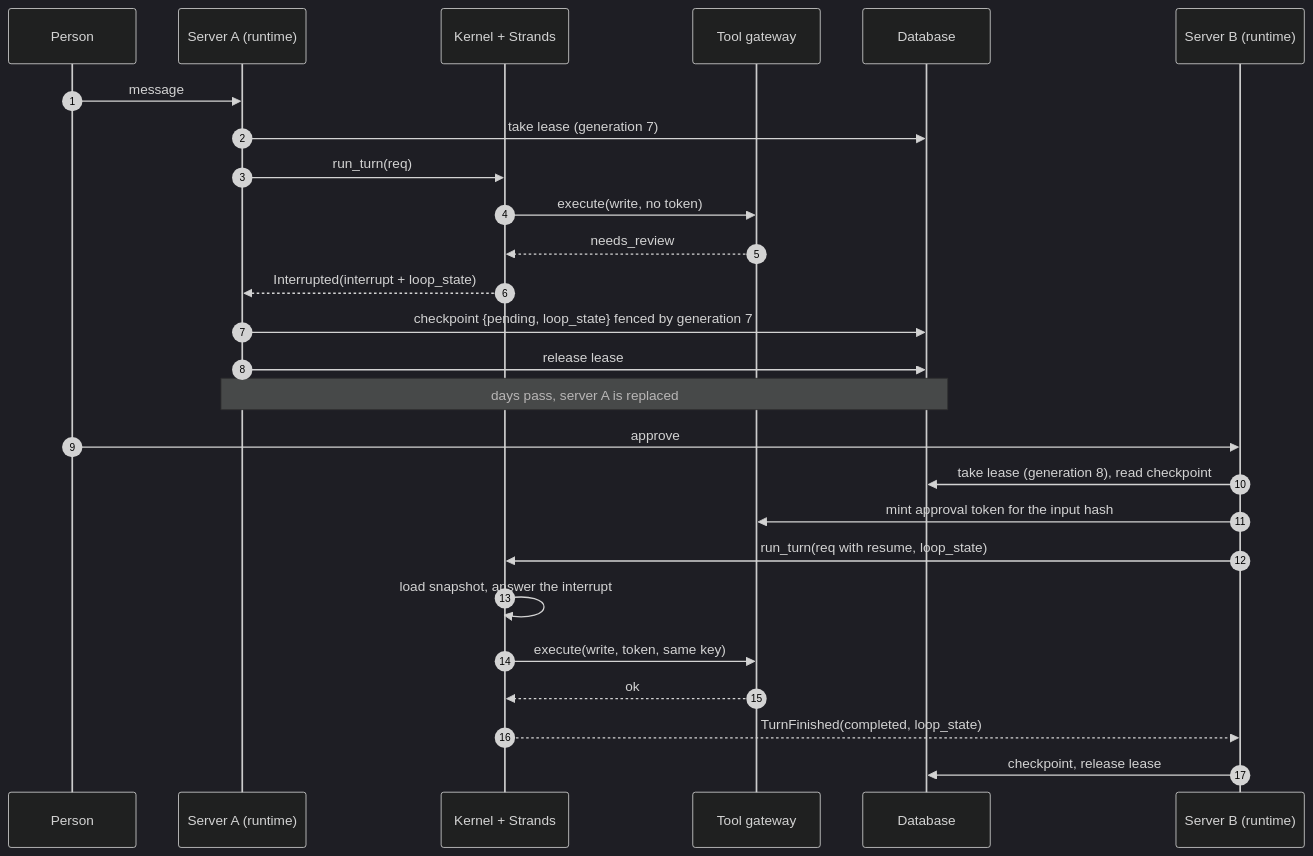
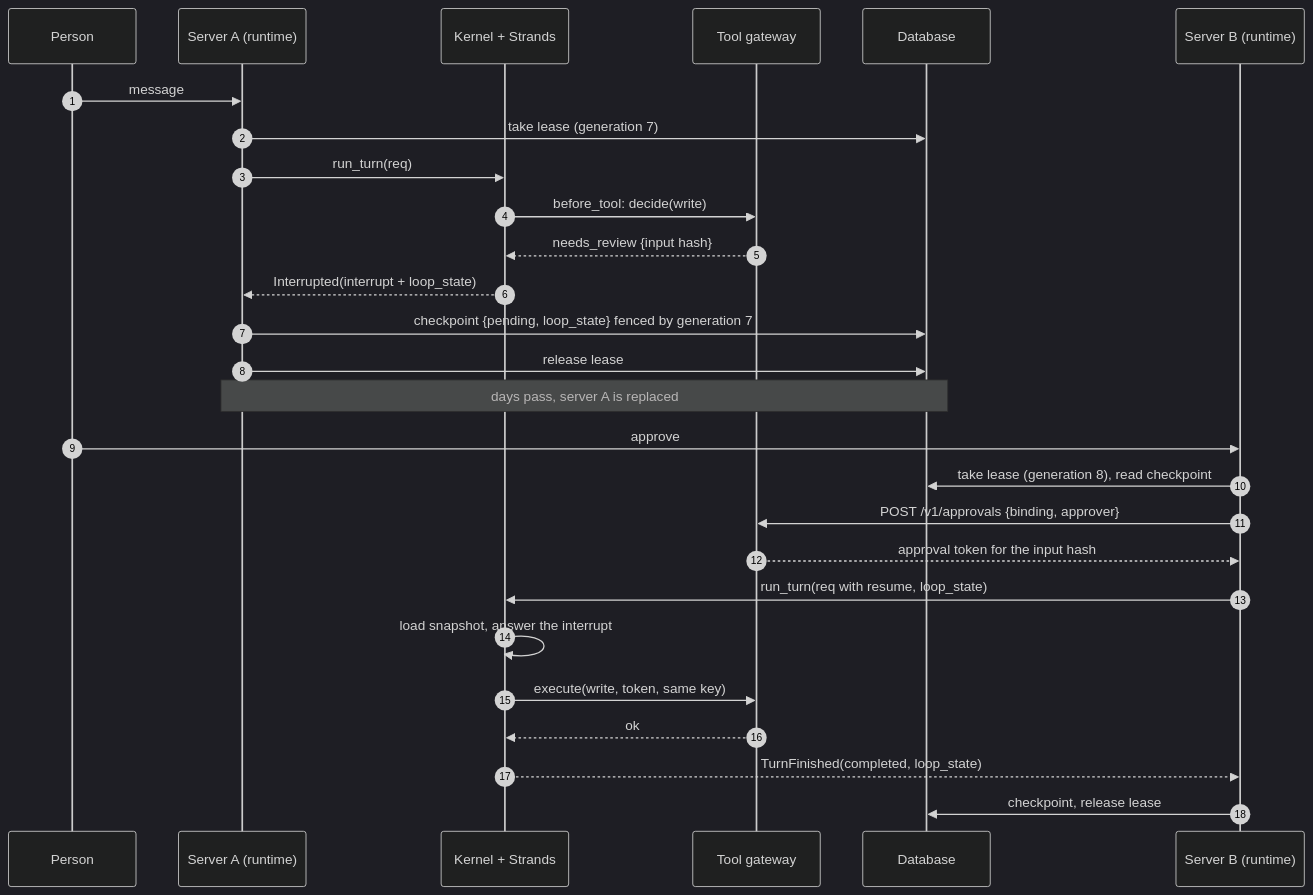
The first of 2 diagrams in docs/design/agents-v2/runtime-contract-and-strands-loop.md (chanl-ai/ops-ai), drawn with Mermaid (dark theme) before and after one commit. The commit also changed other lines of this file and 20 other files, not shown here.

First line of the commit message:
docs(agents-v2): close review blockers on approvals, budgets and pauses

````diff
--- a/docs/design/agents-v2/runtime-contract-and-strands-loop.md
+++ b/docs/design/agents-v2/runtime-contract-and-strands-loop.md
@@ -320,28 +565,29 @@
 ```mermaid
 sequenceDiagram
     autonumber
     participant P as Person
     participant A as Server A (runtime)
     participant K as Kernel + Strands
     participant G as Tool gateway
     participant D as Database
     participant B as Server B (runtime)
     P->>A: message
     A->>D: take lease (generation 7)
     A->>K: run_turn(req)
-    K->>G: execute(write, no token)
-    G-->>K: needs_review
+    K->>G: before_tool: decide(write)
+    G-->>K: needs_review {input hash}
     K-->>A: Interrupted(interrupt + loop_state)
     A->>D: checkpoint {pending, loop_state} fenced by generation 7
     A->>D: release lease
     Note over A,D: days pass, server A is replaced
     P->>B: approve
     B->>D: take lease (generation 8), read checkpoint
-    B->>G: mint approval token for the input hash
+    B->>G: POST /v1/approvals {binding, approver}
+    G-->>B: approval token for the input hash
     B->>K: run_turn(req with resume, loop_state)
     K->>K: load snapshot, answer the interrupt
     K->>G: execute(write, token, same key)
     G-->>K: ok
     K-->>B: TurnFinished(completed, loop_state)
     B->>D: checkpoint, release lease
 ```
````
